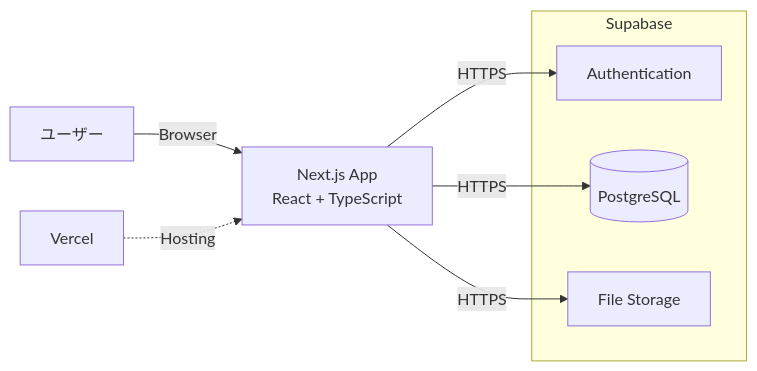
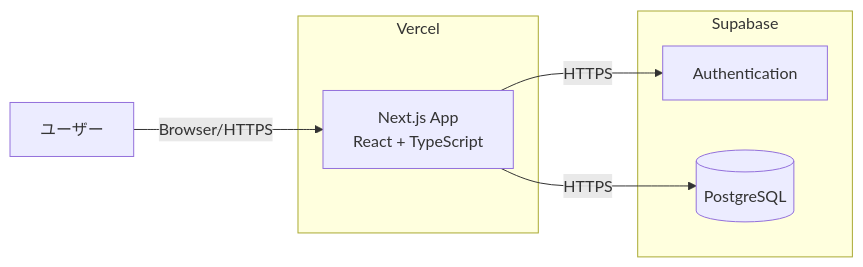
One commit to rmiyazak28/reading-notes-app changed the diagram in docs/design/diagrams/system/architecture.md. Above: the diagram before and after it, drawn with Mermaid. The commit also changed 2 other files, not shown here.

Commit message:
docs:不要なstorage機能を削除

````diff
--- a/docs/design/diagrams/system/architecture.md
+++ b/docs/design/diagrams/system/architecture.md
@@ -5,22 +5,20 @@
 ```mermaid
 flowchart LR
 
     User[ユーザー]
 
-    Front[Next.js App\nReact + TypeScript]
-    Vercel[Vercel]
+    subgraph Vercel
+        Front[Next.js App\nReact + TypeScript]
+    end
 
     subgraph Supabase
         Auth[Authentication]
         DB[(PostgreSQL)]
-        Storage[File Storage]
     end
 
-    User -->|Browser| Front
+    User -->|Browser/HTTPS| Front
 
     Front -->|HTTPS| Auth
     Front -->|HTTPS| DB
-    Front -->|HTTPS| Storage
 
-    Vercel -. Hosting .-> Front
 ```
````
